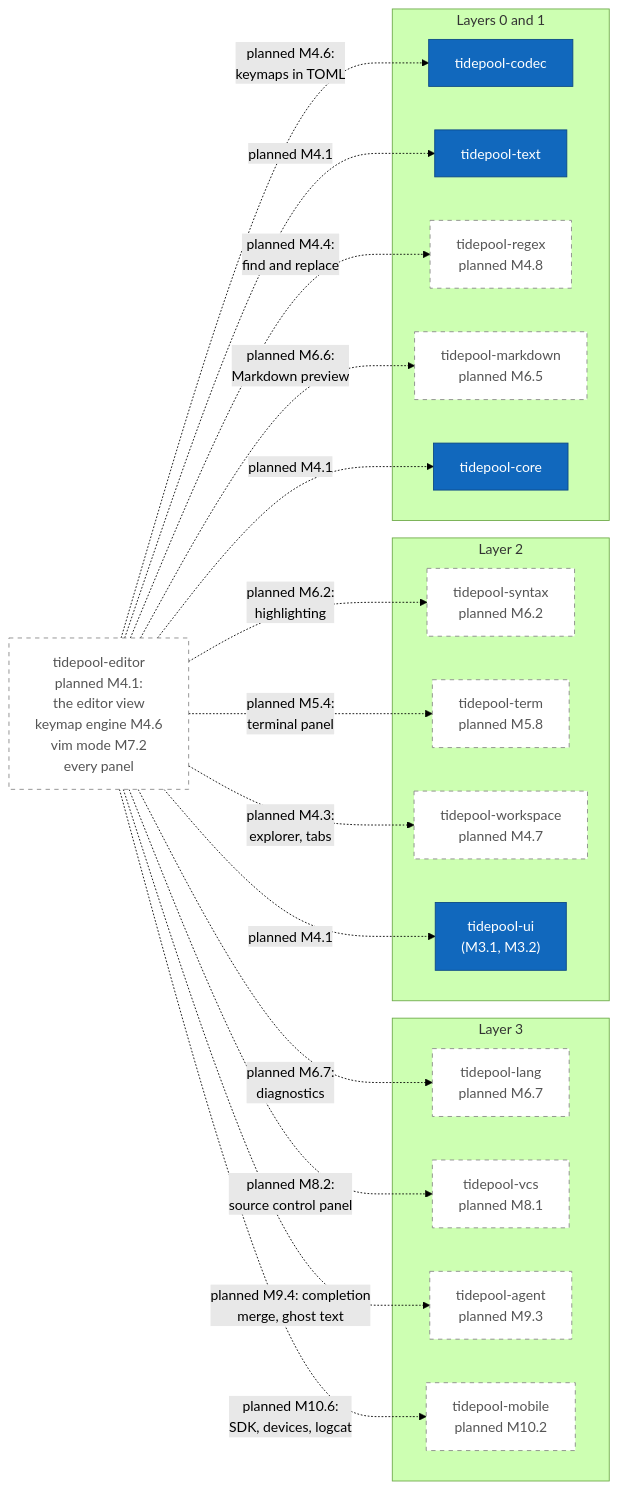
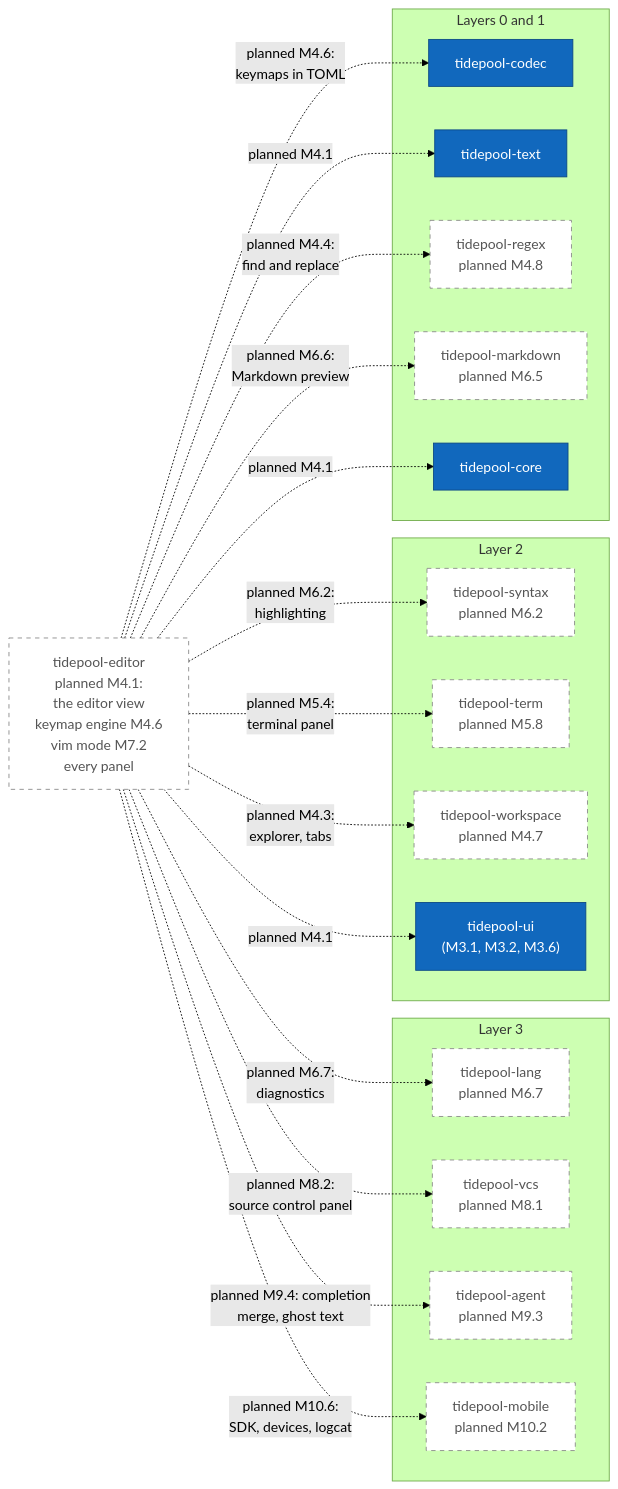
The ninth of 17 diagrams in diagrams/c4-architecture.md (jabbott-iii/Tidepool), drawn with Mermaid (forest theme) before and after one commit. The commit also changed other lines of this file and 64 other files, not shown here.

First line of the commit message:
ui: controls, theme tokens and grapheme editing (M3.6)

````diff
--- a/diagrams/c4-architecture.md
+++ b/diagrams/c4-architecture.md
@@ -477,43 +480,43 @@
 ```mermaid
 flowchart LR
     k_editor["tidepool-editor<br/>planned M4.1:<br/>the editor view<br/>keymap engine M4.6<br/>vim mode M7.2<br/>every panel"]
 
     subgraph L3["Layer 3"]
         k_lang["tidepool-lang<br/>planned M6.7"]
         k_vcs["tidepool-vcs<br/>planned M8.1"]
         k_agent["tidepool-agent<br/>planned M9.3"]
         k_mobile["tidepool-mobile<br/>planned M10.2"]
     end
     subgraph L2["Layer 2"]
         k_syntax["tidepool-syntax<br/>planned M6.2"]
         k_term["tidepool-term<br/>planned M5.8"]
         k_workspace["tidepool-workspace<br/>planned M4.7"]
-        k_ui["tidepool-ui<br/>(M3.1, M3.2)"]
+        k_ui["tidepool-ui<br/>(M3.1, M3.2, M3.6)"]
     end
     subgraph L01["Layers 0 and 1"]
         k_codec["tidepool-codec"]
         k_text["tidepool-text"]
         k_regex["tidepool-regex<br/>planned M4.8"]
         k_markdown["tidepool-markdown<br/>planned M6.5"]
         k_core["tidepool-core"]
     end
 
     k_editor -.->|"planned M4.1"| k_core
     k_editor -.->|"planned M4.1"| k_text
     k_editor -.->|"planned M4.1"| k_ui
     k_editor -.->|"planned M4.6:<br/>keymaps in TOML"| k_codec
     k_editor -.->|"planned M4.3:<br/>explorer, tabs"| k_workspace
     k_editor -.->|"planned M4.4:<br/>find and replace"| k_regex
     k_editor -.->|"planned M5.4:<br/>terminal panel"| k_term
     k_editor -.->|"planned M6.2:<br/>highlighting"| k_syntax
     k_editor -.->|"planned M6.7:<br/>diagnostics"| k_lang
     k_editor -.->|"planned M6.6:<br/>Markdown preview"| k_markdown
     k_editor -.->|"planned M8.2:<br/>source control panel"| k_vcs
     k_editor -.->|"planned M9.4: completion<br/>merge, ghost text"| k_agent
     k_editor -.->|"planned M10.6:<br/>SDK, devices, logcat"| k_mobile
 
     classDef built fill:#1168bd,stroke:#0b4884,color:#ffffff
     classDef planned fill:#ffffff,stroke:#888888,stroke-dasharray: 5 5,color:#555555
     class k_codec,k_text,k_core,k_ui built
     class k_editor,k_lang,k_vcs,k_agent,k_mobile,k_syntax,k_term,k_workspace,k_regex,k_markdown planned
 ```
````
